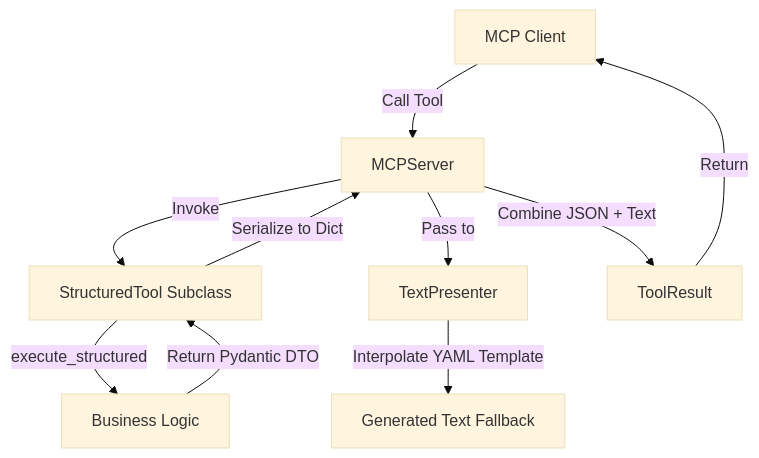
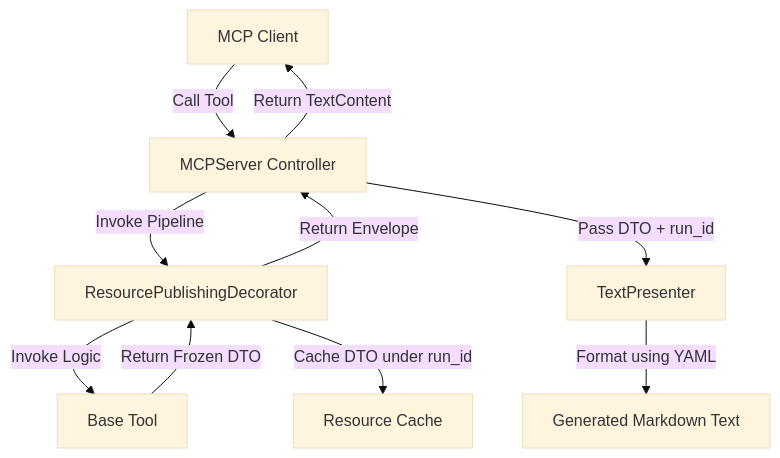
The diagram in docs/development/issue402/design.md (MikeyVK/phase-gate-mcp), drawn with Mermaid (base theme) before and after one commit. The commit also changed other lines of this file and 2 other files, not shown here.

Commit message:
docs(P_DESIGN): Design for architectural refactoring (#402) (#402)

````diff
--- a/docs/development/issue402/design.md
+++ b/docs/development/issue402/design.md
@@ -113,12 +110,12 @@
 ```mermaid
 graph TD
-    Client[MCP Client] -->|Call Tool| Server[MCPServer]
-    Server -->|Invoke| Tool[StructuredTool Subclass]
-    Tool -->|execute_structured| Exec[Business Logic]
-    Exec -->|Return Pydantic DTO| Tool
-    Tool -->|Serialize to Dict| Server
-    Server -->|Pass to| Presenter[TextPresenter]
-    Presenter -->|Interpolate YAML Template| Text[Generated Text Fallback]
-    Server -->|Combine JSON + Text| Result[ToolResult]
-    Result -->|Return| Client
+    Client[MCP Client] -->|Call Tool| Server[MCPServer Controller]
+    Server -->|Invoke Pipeline| Decorator[ResourcePublishingDecorator]
+    Decorator -->|Invoke Logic| Tool[Base Tool]
+    Tool -->|Return Frozen DTO| Decorator
+    Decorator -->|Cache DTO under run_id| Cache[Resource Cache]
+    Decorator -->|Return Envelope| Server
+    Server -->|Pass DTO + run_id| Presenter[TextPresenter]
+    Presenter -->|Format using YAML| Text[Generated Markdown Text]
+    Server -->|Return TextContent| Client
 ```
````
